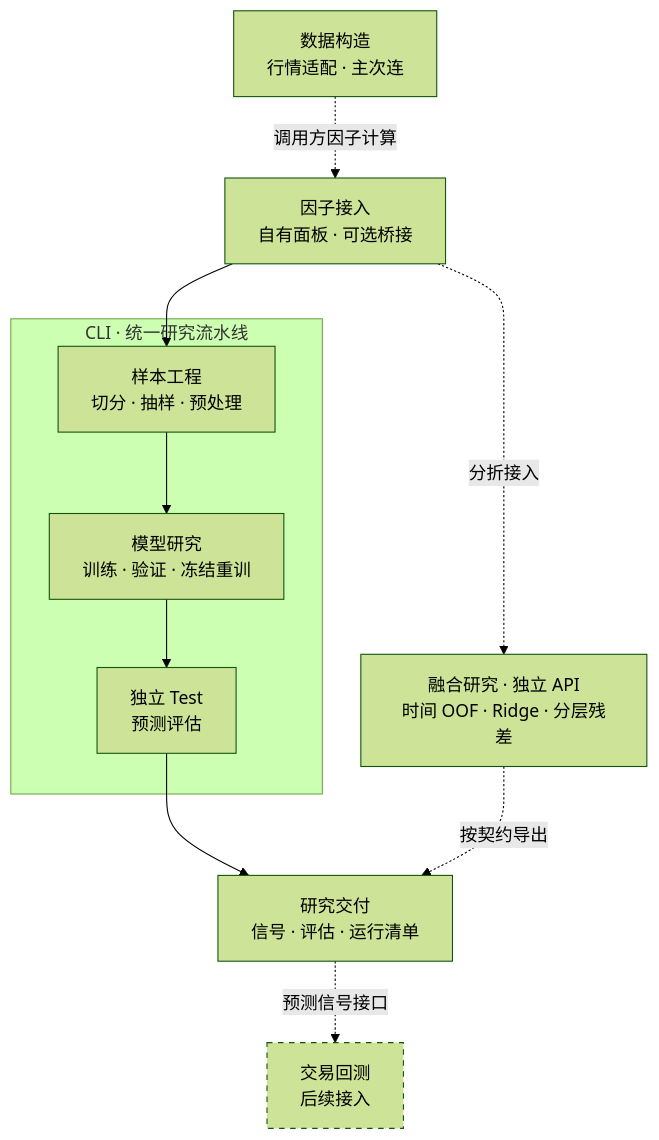
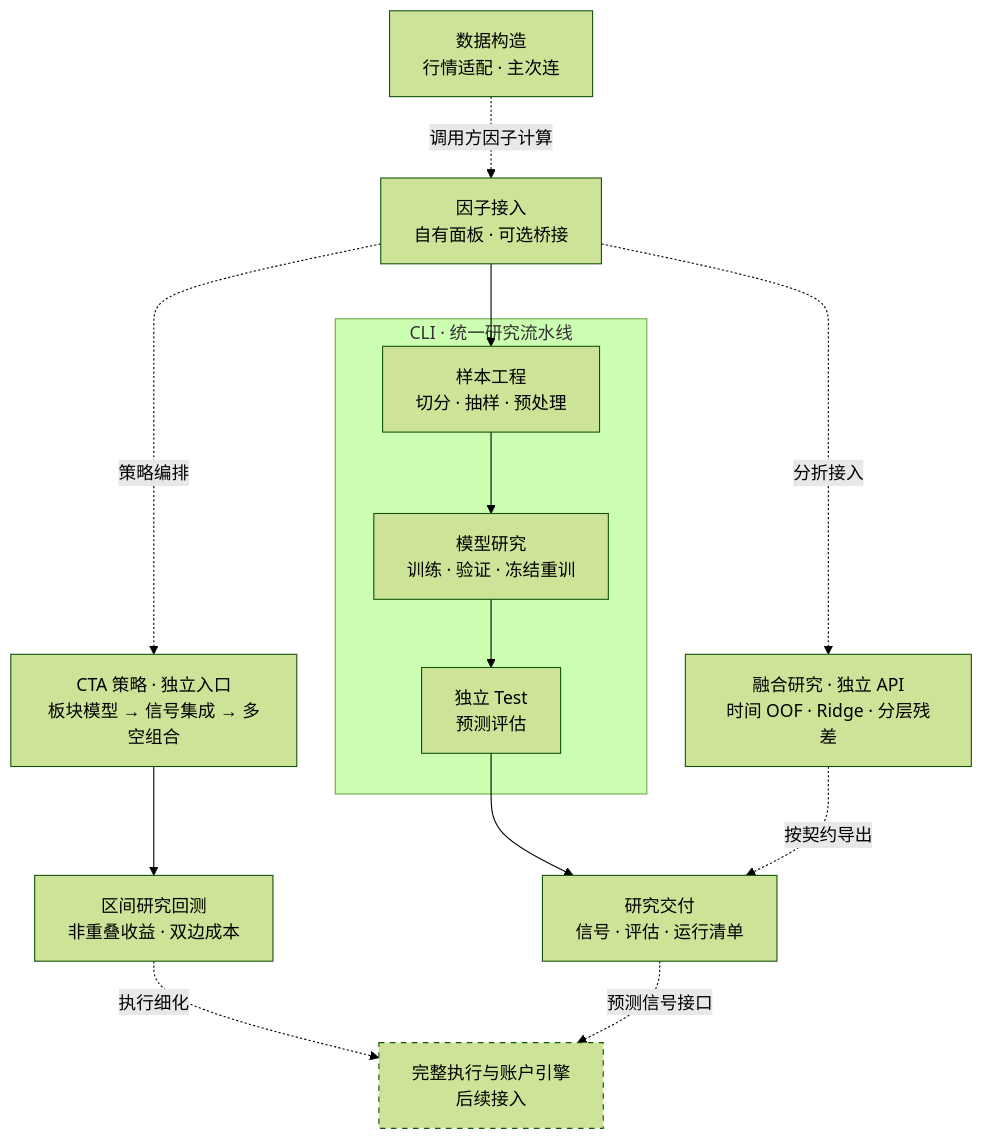
Before and after one commit to meijiahao003-prog/Quant-Display: the diagram in README.md, drawn with Mermaid (forest theme). The commit also changed other lines of this file and 17 other files, not shown here.

````diff
--- a/README.md
+++ b/README.md
@@ -15,21 +15,26 @@
 ```mermaid
 flowchart TB
     D["数据构造<br/>行情适配 · 主次连"]
     F["因子接入<br/>自有面板 · 可选桥接"]
     subgraph CLI["CLI · 统一研究流水线"]
         P["样本工程<br/>切分 · 抽样 · 预处理"]
         M["模型研究<br/>训练 · 验证 · 冻结重训"]
         T["独立 Test<br/>预测评估"]
         P --> M --> T
     end
     R["融合研究 · 独立 API<br/>时间 OOF · Ridge · 分层残差"]
     O["研究交付<br/>信号 · 评估 · 运行清单"]
-    B["交易回测<br/>后续接入"]
+    B["完整执行与账户引擎<br/>后续接入"]
+    S["CTA 策略 · 独立入口<br/>板块模型 → 信号集成 → 多空组合"]
+    H["区间研究回测<br/>非重叠收益 · 双边成本"]
     D -. "调用方因子计算" .-> F
     F --> P
     T --> O
     F -. "分折接入" .-> R
     R -. "按契约导出" .-> O
+    F -. "策略编排" .-> S
+    S --> H
+    H -. "执行细化" .-> B
     O -. "预测信号接口" .-> B
     style B stroke-dasharray: 5 5
 ```
````
